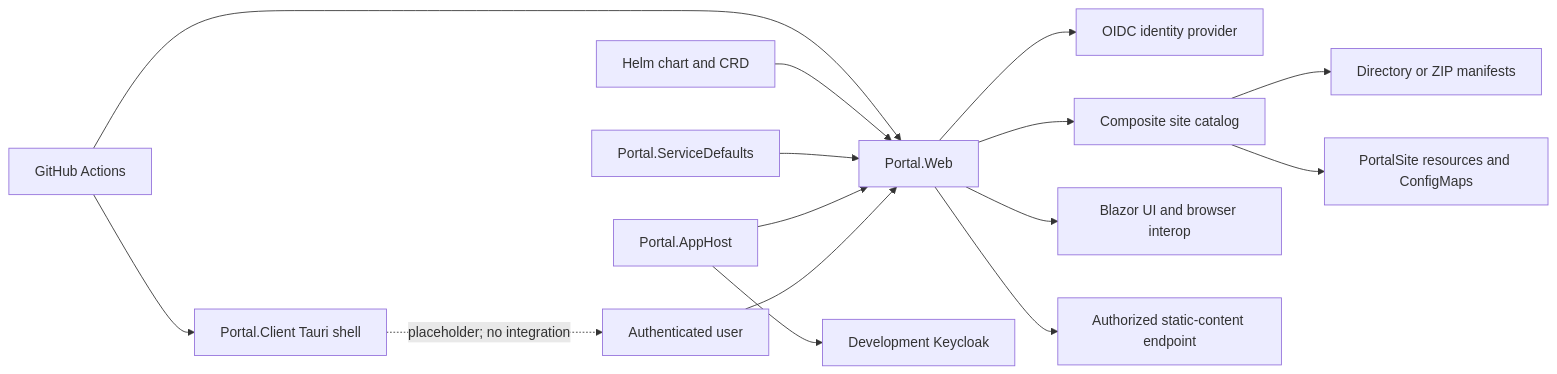
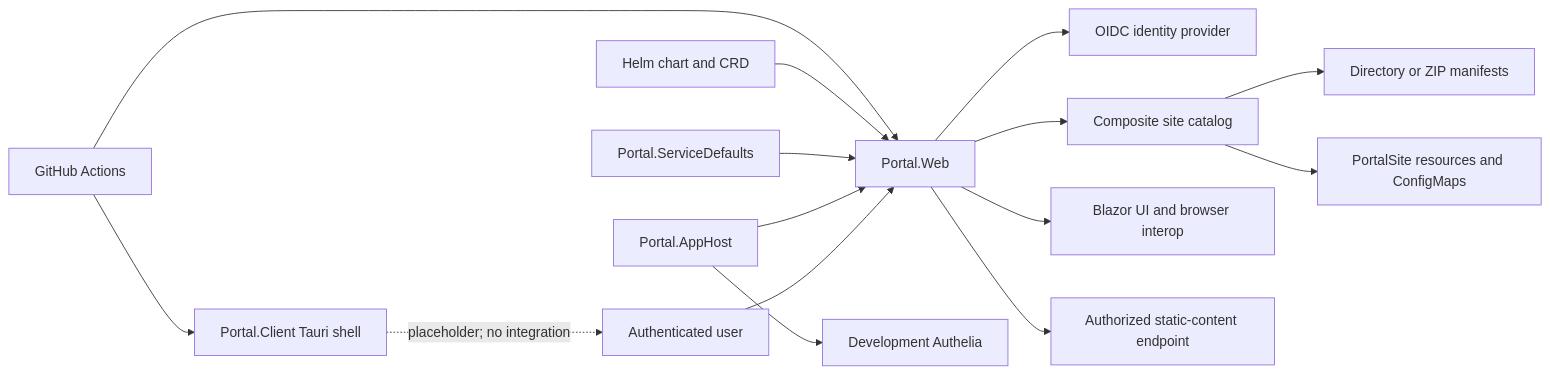
Before and after one commit to twsouthwick/portal: the diagram in docs/high-level-design.md, drawn with Mermaid. The commit also changed other lines of this file and 17 other files, not shown here.

````diff
--- a/docs/high-level-design.md
+++ b/docs/high-level-design.md
@@ -78,17 +78,17 @@
 ```mermaid
 flowchart LR
   User[Authenticated user] --> Web[Portal.Web]
   Web --> Auth[OIDC identity provider]
   Web --> Catalog[Composite site catalog]
   Catalog --> Files[Directory or ZIP manifests]
   Catalog --> K8s[PortalSite resources and ConfigMaps]
   Web --> Browser[Blazor UI and browser interop]
   Web --> Content[Authorized static-content endpoint]
   Aspire[Portal.AppHost] --> Web
-  Aspire --> Keycloak[Development Keycloak]
+  Aspire --> Authelia[Development Authelia]
   Defaults[Portal.ServiceDefaults] --> Web
   Chart[Helm chart and CRD] --> Web
   Client[Portal.Client Tauri shell] -. placeholder; no integration .-> User
   CI[GitHub Actions] --> Web
   CI --> Client
 ```
````
